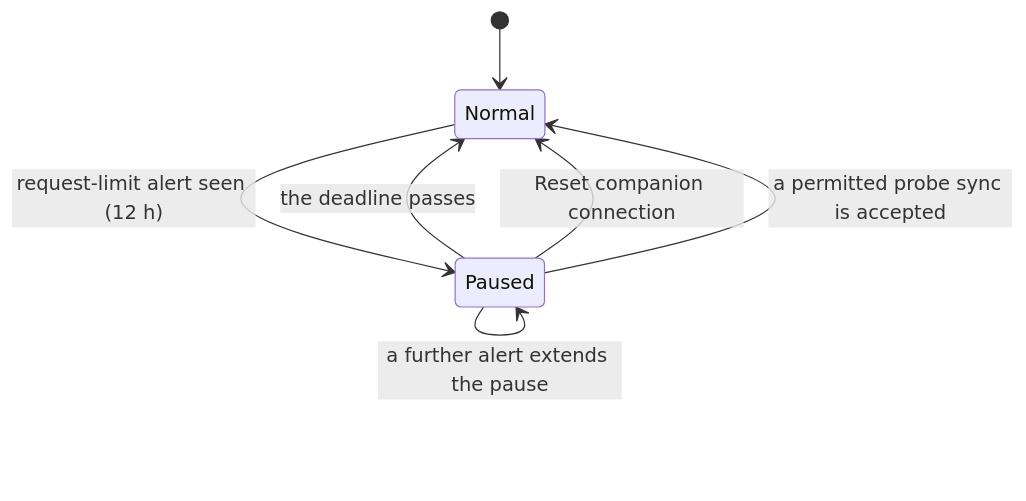
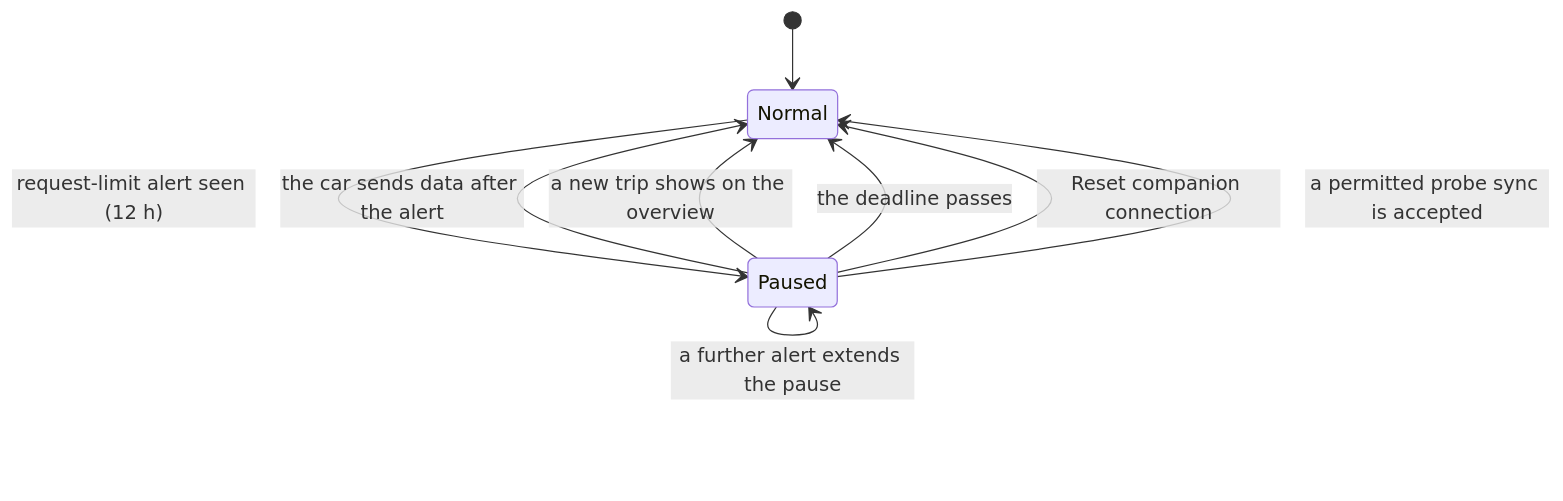
One commit to gszigethy/vwgroup-connect-ha changed the third of 4 diagrams in docs/COMPANION.md. Above: the diagram before and after it, drawn with Mermaid. The commit also changed other lines of this file and 4 other files, not shown here.

First line of the commit message:
feat(companion): end the request-limit pause on new car data or a new trip

````diff
--- a/docs/COMPANION.md
+++ b/docs/COMPANION.md
@@ -495,9 +501,11 @@
 ```mermaid
 stateDiagram-v2
     [*] --> Normal
     Normal --> Paused: request-limit alert seen (12 h)
     Paused --> Paused: a further alert extends the pause
+    Paused --> Normal: the car sends data after the alert
+    Paused --> Normal: a new trip shows on the overview
     Paused --> Normal: the deadline passes
     Paused --> Normal: Reset companion connection
     Paused --> Normal: a permitted probe sync is accepted
 ```
````
